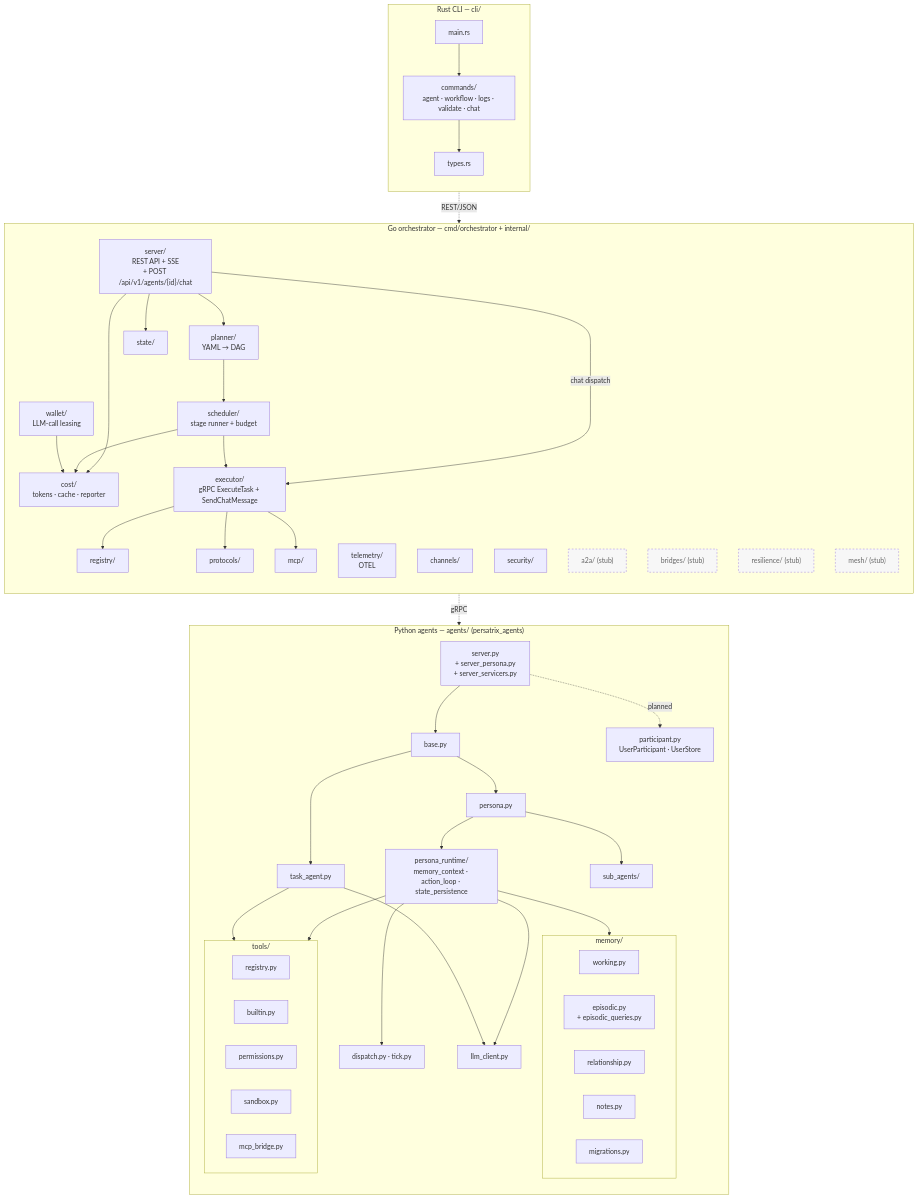
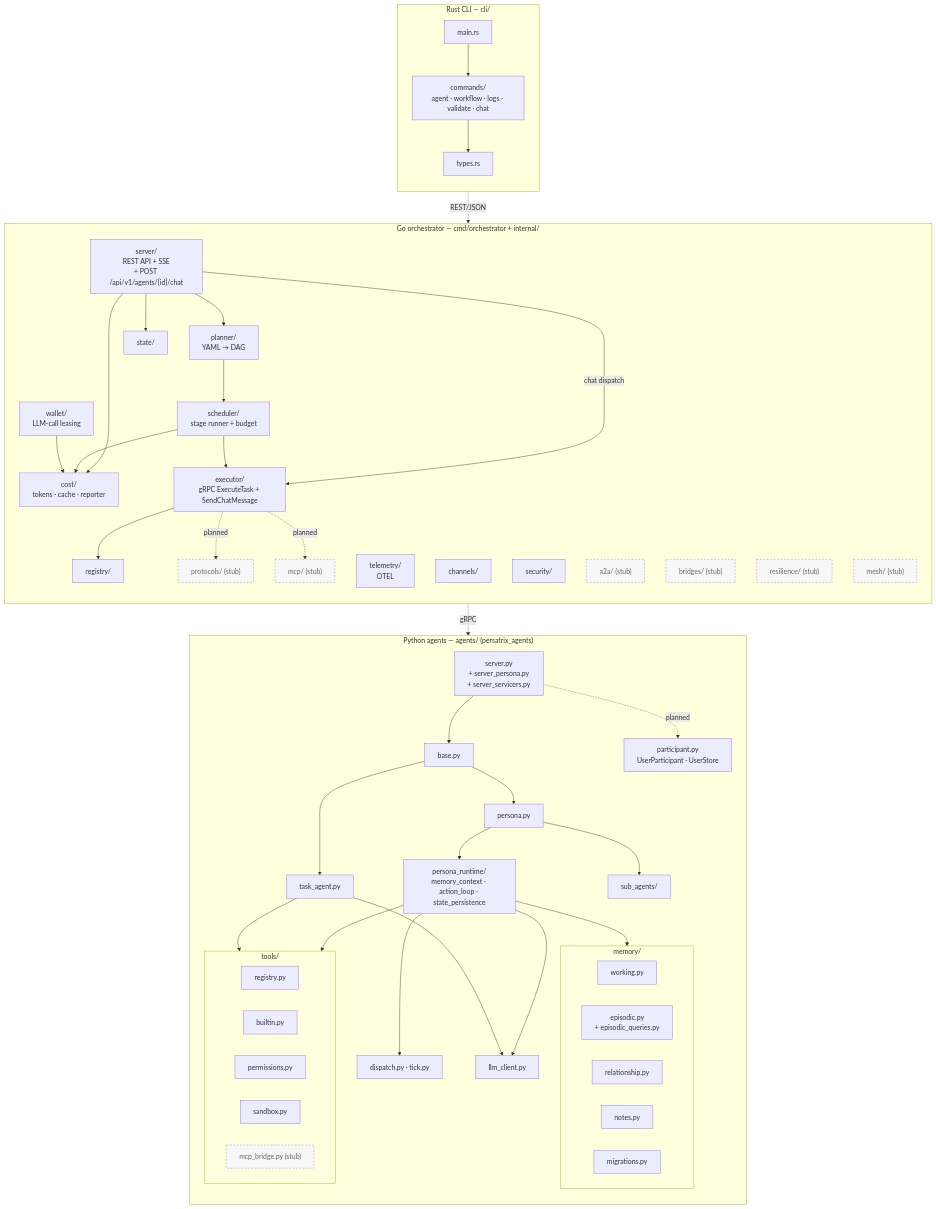
Before and after one commit to mkhomutov/Persatrix: the diagram in docs/diagrams/component-architecture.md, drawn with Mermaid. The commit also changed other lines of this file and 9 other files, not shown here.

First line of the commit message:
docs(glossary): mark the MCP bridge as unimplemented (#899)

```diff
--- a/docs/diagrams/component-architecture.md
+++ b/docs/diagrams/component-architecture.md
@@ -26,8 +26,6 @@
         COST["cost/<br/>tokens · cache · reporter"]
         WALLET["wallet/<br/>LLM-call leasing"]
         TELE["telemetry/<br/>OTEL"]
-        MCPG["mcp/"]
-        PROTOS["protocols/"]
         CHAN["channels/"]
         SEC["security/"]
 
@@ -35,6 +33,8 @@
         BRIDGES["bridges/ (stub)"]:::stub
         RES["resilience/ (stub)"]:::stub
         MESH["mesh/ (stub)"]:::stub
+        MCPG["mcp/ (stub)"]:::stub
+        PROTOS["protocols/ (stub)"]:::stub
 
         SERVER --> PLANNER
         SERVER --> STATE
@@ -45,8 +45,8 @@
         SCHEDULER --> COST
         WALLET --> COST
         EXECUTOR --> REGISTRY
-        EXECUTOR --> PROTOS
-        EXECUTOR --> MCPG
+        EXECUTOR -. planned .-> PROTOS
+        EXECUTOR -. planned .-> MCPG
     end
 
     subgraph Py["Python agents — agents/ (persatrix_agents)"]
@@ -74,7 +74,7 @@
             TBI["builtin.py"]
             TPERM["permissions.py"]
             TSB["sandbox.py"]
-            TMCP["mcp_bridge.py"]
+            TMCP["mcp_bridge.py (stub)"]:::stub
         end
 
         SRV --> BASE
```
